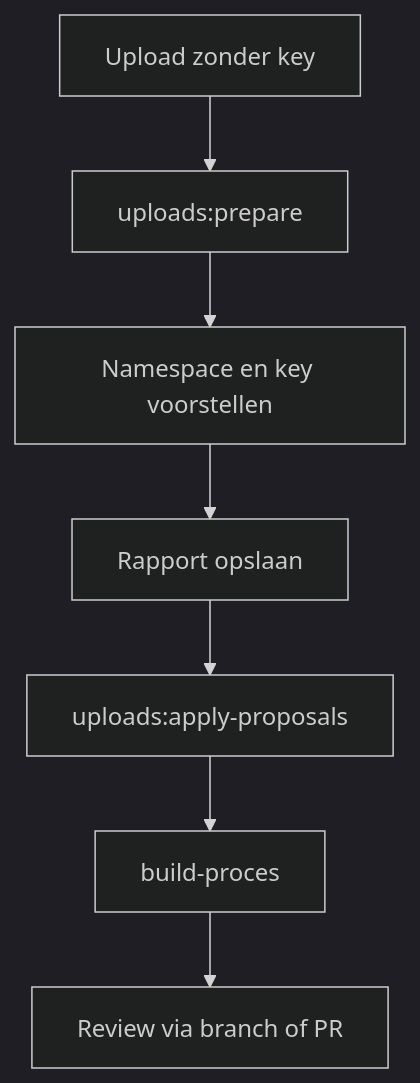
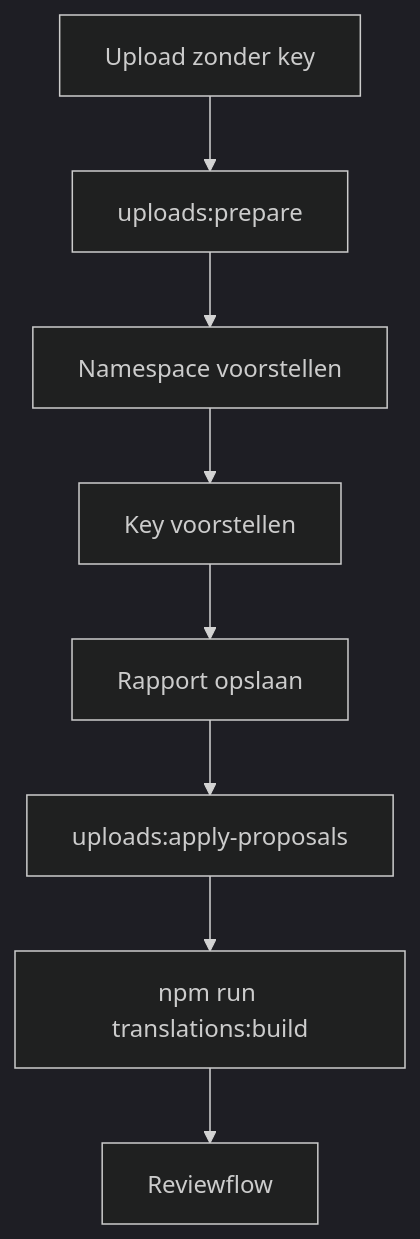
One commit to PRAxISDEVELOPMENT/mypraxis_translation_keys changed the seventh of 8 diagrams in README.md. Above: the diagram before and after it, drawn with Mermaid (dark theme). The commit also changed other lines of this file, not shown here.

````diff
--- a/README.md
+++ b/README.md
@@ -163,9 +318,10 @@
 ```mermaid
 flowchart TD
     A[Upload zonder key] --> B[uploads:prepare]
-    B --> C[Namespace en key voorstellen]
-    C --> D[Rapport opslaan]
-    D --> E[uploads:apply-proposals]
-    E --> F[build-proces]
-    F --> G[Review via branch of PR]
+    B --> C[Namespace voorstellen]
+    C --> D[Key voorstellen]
+    D --> E[Rapport opslaan]
+    E --> F[uploads:apply-proposals]
+    F --> G[npm run translations:build]
+    G --> H[Reviewflow]
 ```
````
